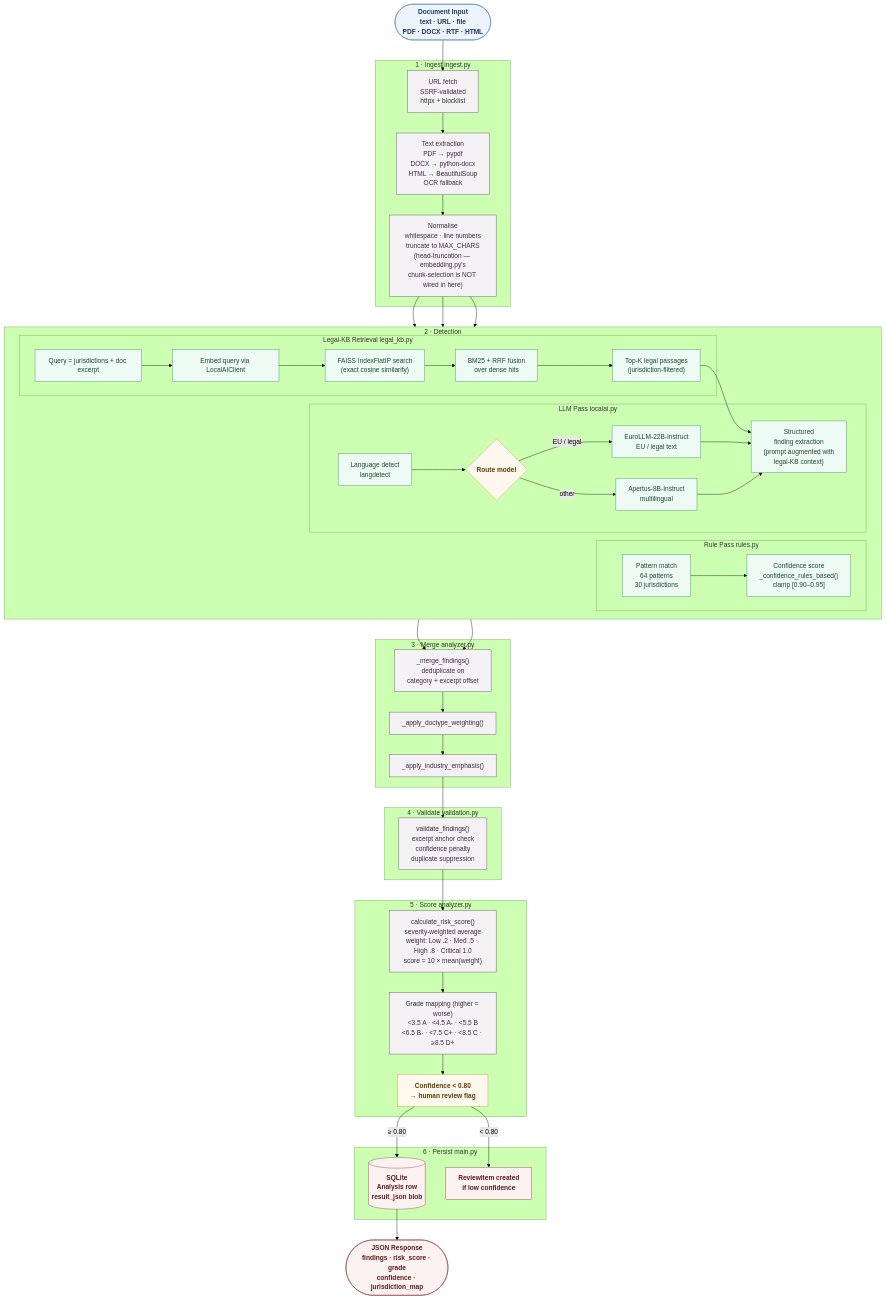
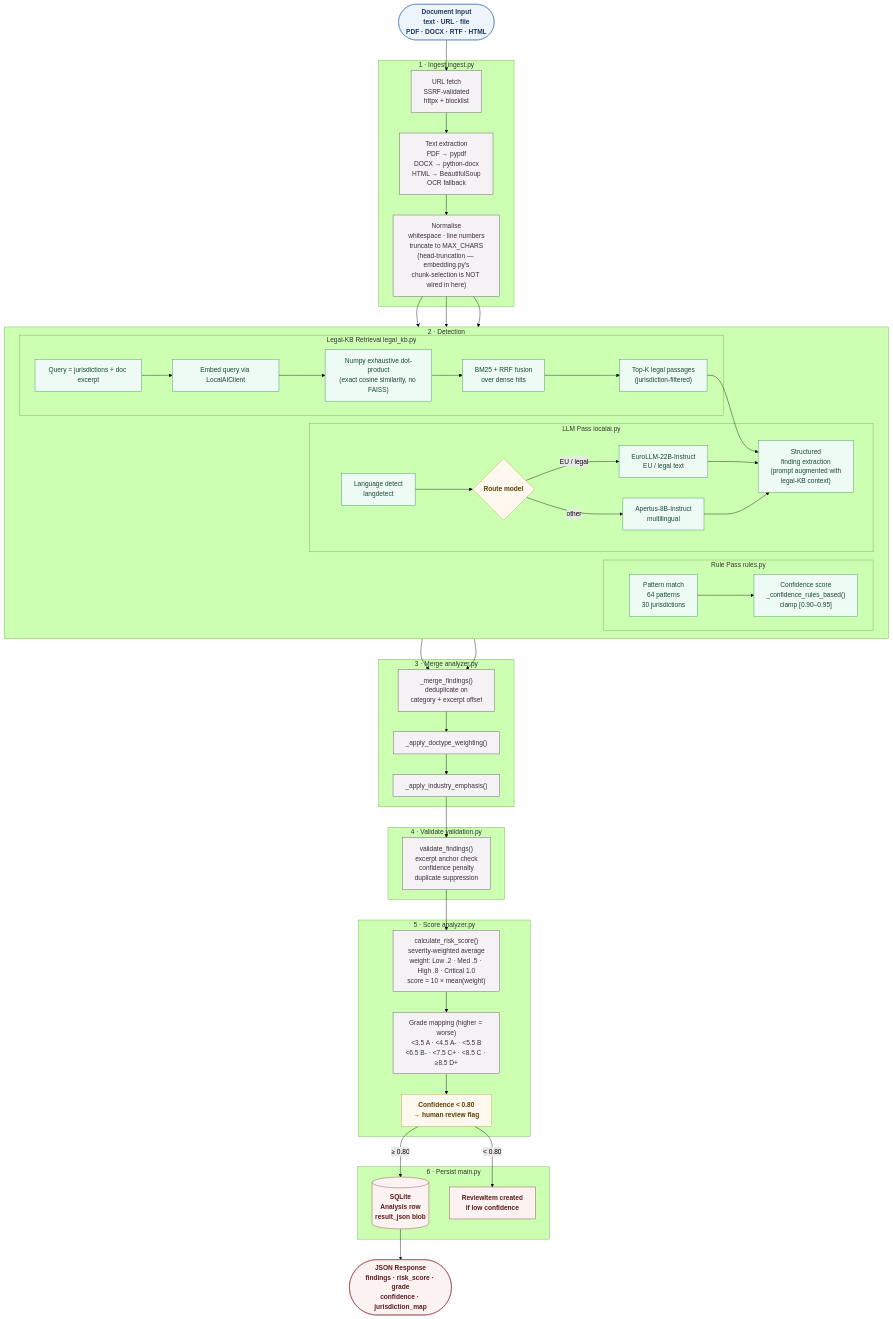
Before and after one commit to jennifer-mckinney/terms-analysis: the third of 4 diagrams in docs/architecture-diagrams.md, drawn with Mermaid (forest theme). The commit also changed other lines of this file and 25 other files, not shown here.

````diff
--- a/docs/architecture-diagrams.md
+++ b/docs/architecture-diagrams.md
@@ -183,74 +183,74 @@
 ```mermaid
 flowchart TD
     classDef input   fill:#eef4fb,stroke:#4a7fb5,color:#1e3a5f,font-weight:600
     classDef proc    fill:#f5f2f5,stroke:#5e4c5f,color:#3d2e3e
     classDef ai      fill:#eefaf4,stroke:#3a8c5c,color:#1a4a30
     classDef gate    fill:#fff8ee,stroke:#c49a3c,color:#5a3e00,font-weight:600
     classDef output  fill:#fdf2f2,stroke:#8b3a3a,color:#5a1a1a,font-weight:600
 
     INPUT(["Document Input\ntext · URL · file\nPDF · DOCX · RTF · HTML"]):::input
 
     subgraph INGEST ["1 · Ingest  ingest.py"]
         FETCH["URL fetch\nSSRF-validated\nhttpx + blocklist"]:::proc
         EXTRACT["Text extraction\nPDF → pypdf\nDOCX → python-docx\nHTML → BeautifulSoup\nOCR fallback"]:::proc
         NORM["Normalise\nwhitespace · line numbers\ntruncate to MAX_CHARS\n(head-truncation — embedding.py's\nchunk-selection is NOT wired in here)"]:::proc
     end
 
     subgraph PARALLEL ["2 · Detection"]
         direction LR
         subgraph RULES_PASS ["Rule Pass  rules.py"]
             RP1["Pattern match\n64 patterns\n30 jurisdictions"]:::ai
             RP2["Confidence score\n_confidence_rules_based()\nclamp [0.90–0.95]"]:::ai
         end
         subgraph LEGALKB_PASS ["Legal-KB Retrieval  legal_kb.py"]
             LK1["Query = jurisdictions + doc excerpt"]:::ai
             LK2["Embed query via LocalAIClient"]:::ai
-            LK3["FAISS IndexFlatIP search\n(exact cosine similarity)"]:::ai
+            LK3["Numpy exhaustive dot-product\n(exact cosine similarity, no FAISS)"]:::ai
             LK4["BM25 + RRF fusion\nover dense hits"]:::ai
             LK5["Top-K legal passages\n(jurisdiction-filtered)"]:::ai
         end
         subgraph LLM_PASS ["LLM Pass  localai.py"]
             LP1["Language detect\nlangdetect"]:::ai
             LP2{"Route model"}:::gate
             LP3["EuroLLM-22B-Instruct\nEU / legal text"]:::ai
             LP4["Apertus-8B-Instruct\nmultilingual"]:::ai
             LP5["Structured\nfinding extraction\n(prompt augmented with\nlegal-KB context)"]:::ai
         end
     end
 
     subgraph MERGE ["3 · Merge  analyzer.py"]
         MRG["_merge_findings()\ndeduplicate on\ncategory + excerpt offset"]:::proc
         DWT["_apply_doctype_weighting()"]:::proc
         IND["_apply_industry_emphasis()"]:::proc
     end
 
     subgraph VALIDATE ["4 · Validate  validation.py"]
         VAL["validate_findings()\nexcerpt anchor check\nconfidence penalty\nduplicate suppression"]:::proc
     end
 
     subgraph SCORE ["5 · Score  analyzer.py"]
         RISK["calculate_risk_score()\nseverity-weighted average\nweight: Low .2 · Med .5 · High .8 · Critical 1.0\nscore = 10 × mean(weight)"]:::proc
         GRADE["Grade mapping (higher = worse)\n&lt;3.5 A · &lt;4.5 A- · &lt;5.5 B\n&lt;6.5 B- · &lt;7.5 C+ · &lt;8.5 C · ≥8.5 D+"]:::proc
         CONF["Confidence < 0.80\n→ human review flag"]:::gate
     end
 
     subgraph PERSIST ["6 · Persist  main.py"]
         DB[("SQLite\nAnalysis row\nresult_json blob")]:::output
         REV["ReviewItem created\nif low confidence"]:::output
     end
 
     RESPONSE(["JSON Response\nfindings · risk_score · grade\nconfidence · jurisdiction_map"]):::output
 
     INPUT --> FETCH --> EXTRACT --> NORM
     NORM --> RP1 --> RP2
     NORM --> LK1 --> LK2 --> LK3 --> LK4 --> LK5
     NORM --> LP1 --> LP2
     LK5 --> LP5
     LP2 -->|"EU / legal"| LP3 --> LP5
     LP2 -->|"other"| LP4 --> LP5
     RP2 & LP5 --> MRG --> DWT --> IND
     IND --> VAL --> RISK --> GRADE --> CONF
     CONF -->|"≥ 0.80"| DB
     CONF -->|"< 0.80"| REV
     DB --> RESPONSE
 ```
````
